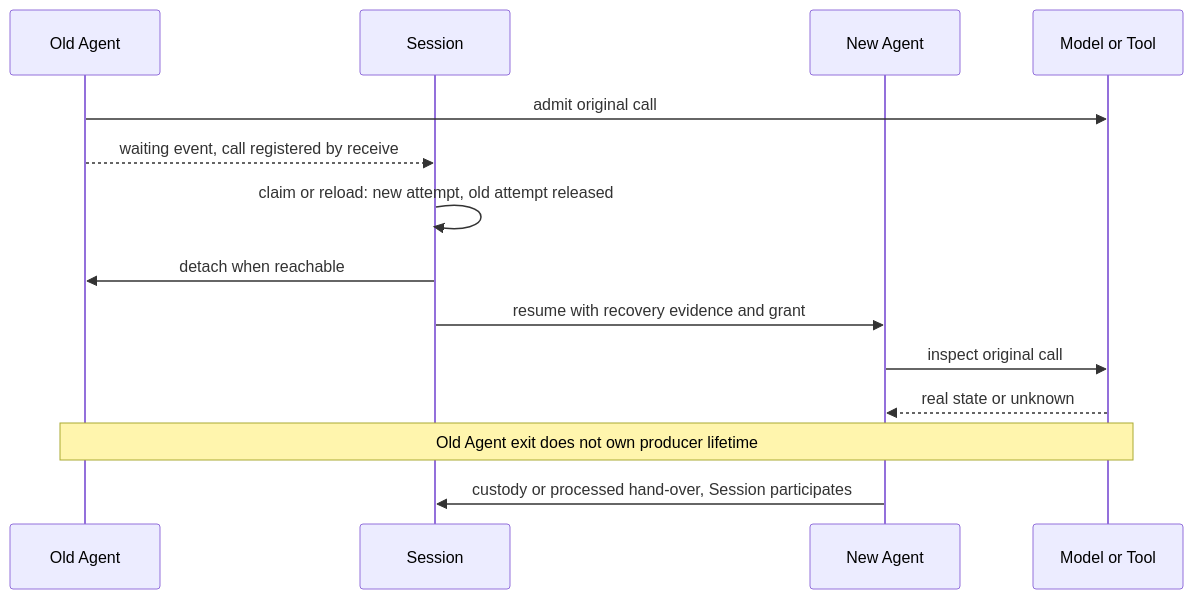
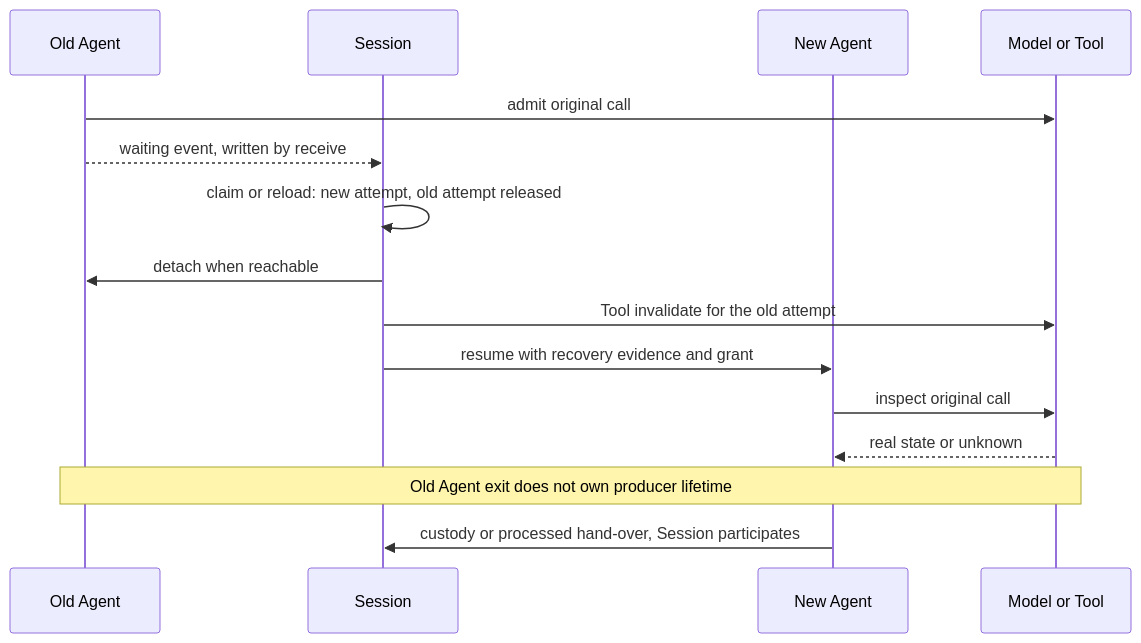
Before and after one commit to nemori-ai/omne-harness-lite: the second of 2 diagrams in packages/session/session-contract/docs/context.md, drawn with Mermaid. The commit also changed other lines of this file and 2 other files, not shown here.

````diff
--- a/packages/session/session-contract/docs/context.md
+++ b/packages/session/session-contract/docs/context.md
@@ -43,16 +97,17 @@
 ```mermaid
 sequenceDiagram
   participant Old as Old Agent
   participant S as Session
   participant New as New Agent
   participant M as Model or Tool
   Old->>M: admit original call
-  Old-->>S: waiting event, call registered by receive
+  Old-->>S: waiting event, written by receive
   S->>S: claim or reload: new attempt, old attempt released
   S->>Old: detach when reachable
+  S->>M: Tool invalidate for the old attempt
   S->>New: resume with recovery evidence and grant
   New->>M: inspect original call
   M-->>New: real state or unknown
   Note over Old,M: Old Agent exit does not own producer lifetime
   New->>S: custody or processed hand-over, Session participates
 ```
````
